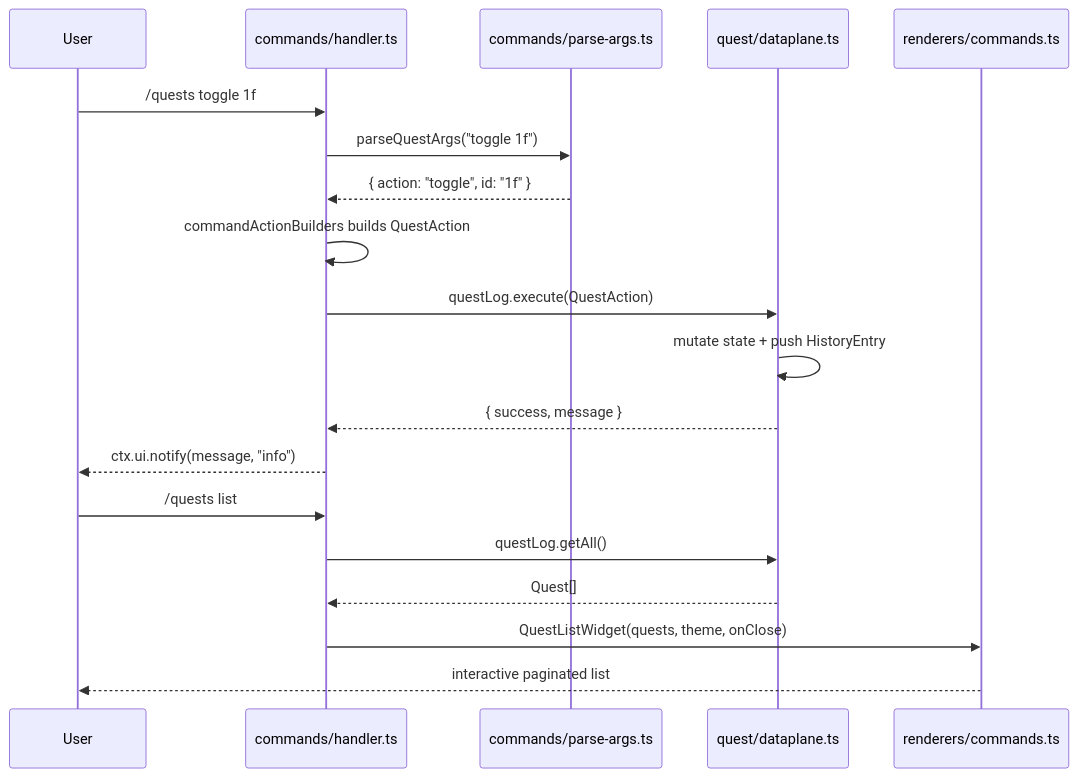
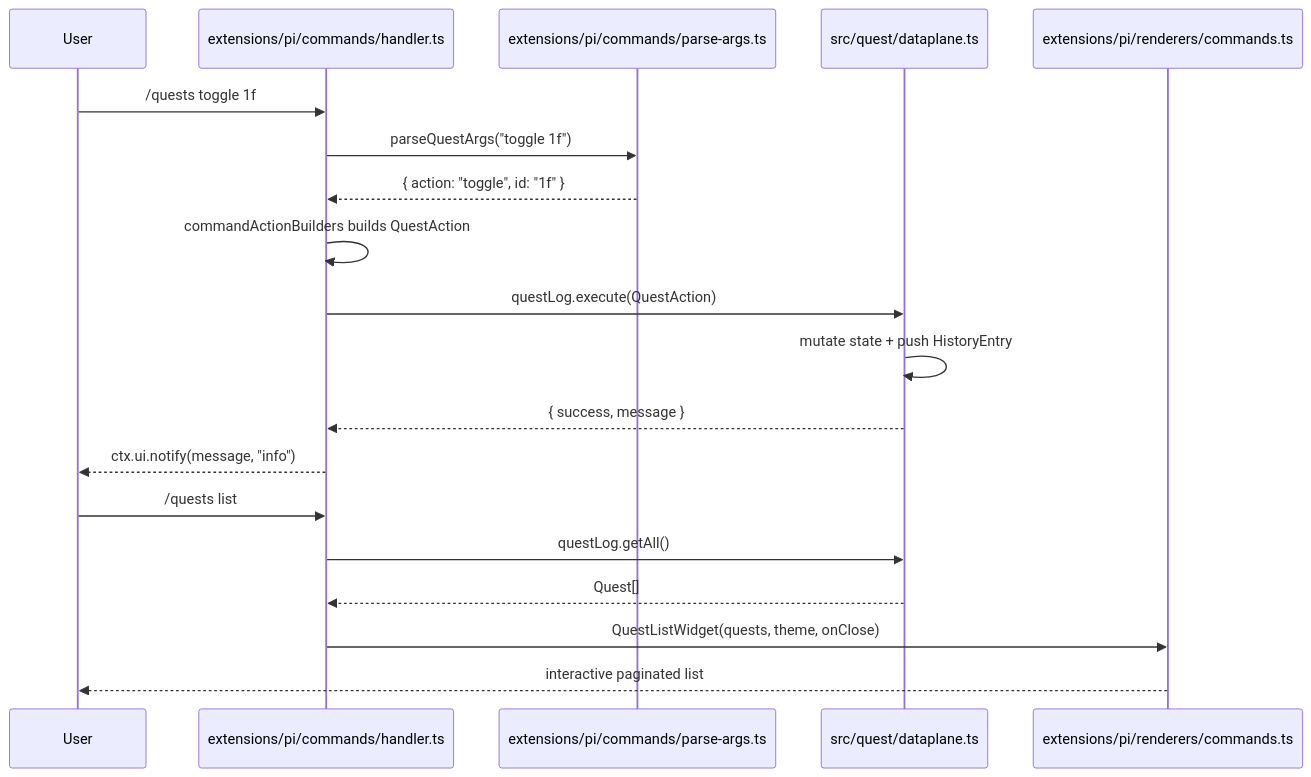
Before and after one commit to kalindudc/quests: the third of 4 diagrams in docs/architecture.md, drawn with Mermaid. The commit also changed other lines of this file and 104 other files, not shown here.

````diff
--- a/docs/architecture.md
+++ b/docs/architecture.md
@@ -87,23 +146,23 @@
 ```mermaid
 sequenceDiagram
     participant User
-    participant cmdHandler as commands/handler.ts
-    participant parseArgs as commands/parse-args.ts
-    participant dataplane as quest/dataplane.ts
-    participant widgets as renderers/commands.ts
+    participant cmdHandler as extensions/pi/commands/handler.ts
+    participant parseArgs as extensions/pi/commands/parse-args.ts
+    participant dataplane as src/quest/dataplane.ts
+    participant widgets as extensions/pi/renderers/commands.ts
 
     User->>cmdHandler: /quests toggle 1f
     cmdHandler->>parseArgs: parseQuestArgs("toggle 1f")
     parseArgs-->>cmdHandler: { action: "toggle", id: "1f" }
     cmdHandler->>cmdHandler: commandActionBuilders builds QuestAction
     cmdHandler->>dataplane: questLog.execute(QuestAction)
     dataplane->>dataplane: mutate state + push HistoryEntry
     dataplane-->>cmdHandler: { success, message }
     cmdHandler-->>User: ctx.ui.notify(message, "info")
 
     User->>cmdHandler: /quests list
     cmdHandler->>dataplane: questLog.getAll()
     dataplane-->>cmdHandler: Quest[]
     cmdHandler->>widgets: QuestListWidget(quests, theme, onClose)
     widgets-->>User: interactive paginated list
 ```
````
